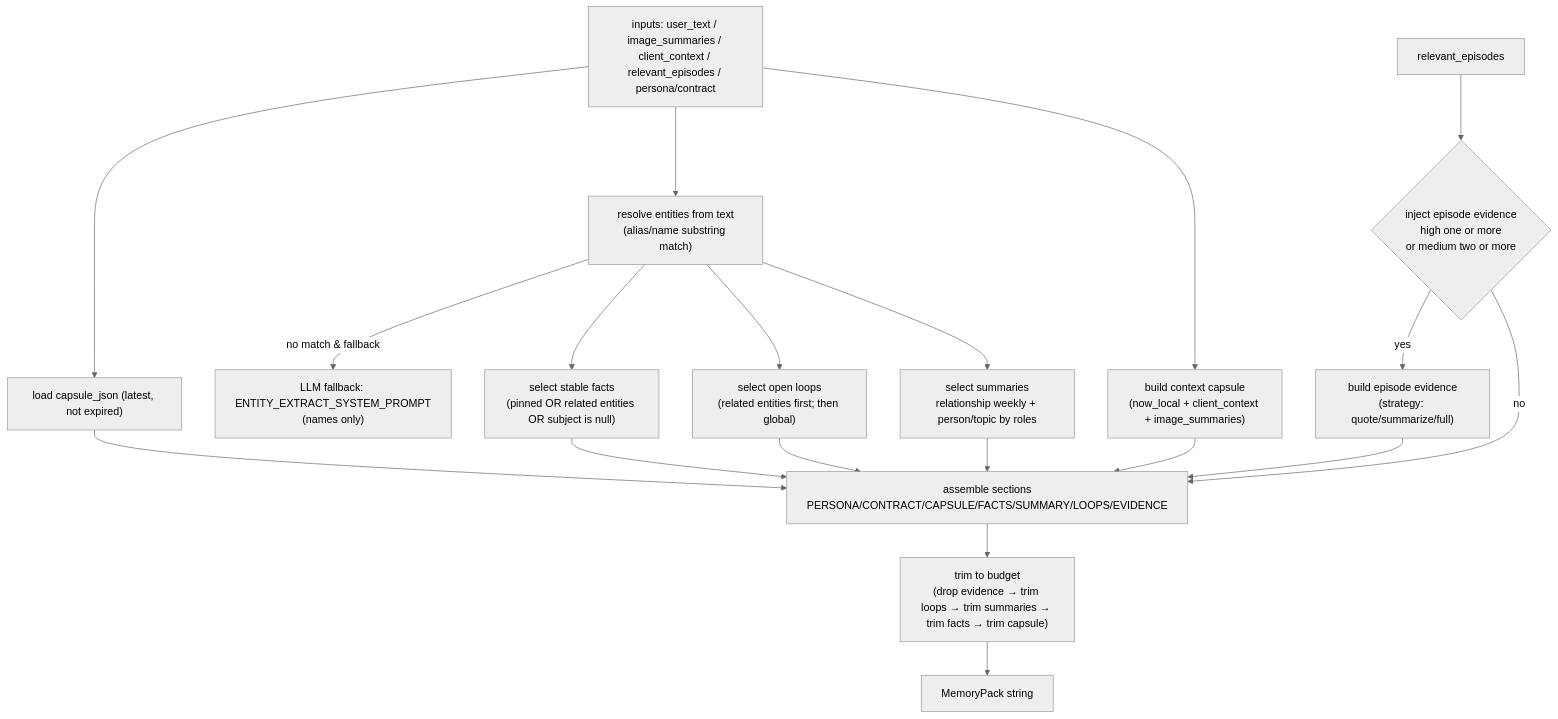
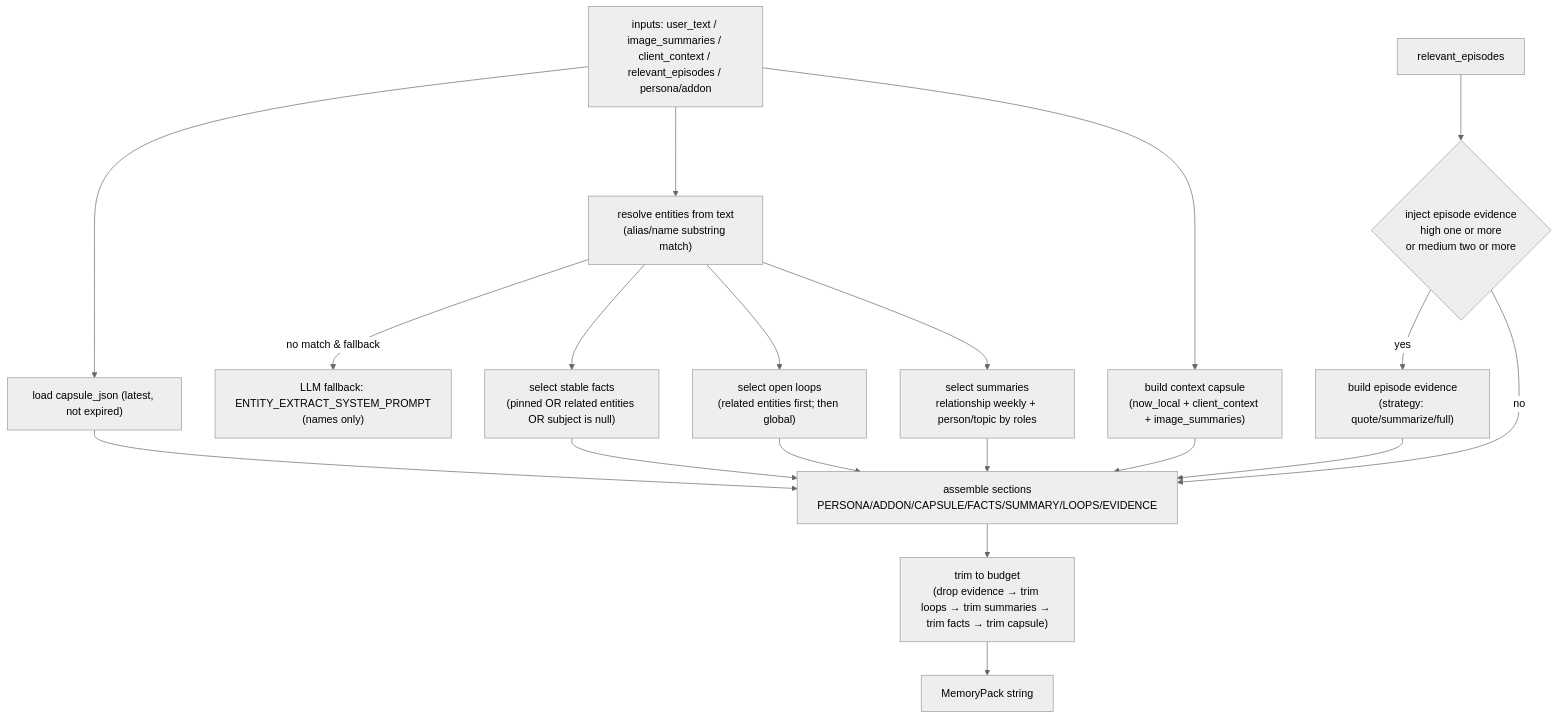
Before and after one commit to hirona98/cocoro_ghost: the second of 4 diagrams in docs/prompt_usage_map.md, drawn with Mermaid (neutral theme). The commit also changed other lines of this file and 17 other files, not shown here.

````diff
--- a/docs/prompt_usage_map.md
+++ b/docs/prompt_usage_map.md
@@ -91,21 +90,21 @@
 ```mermaid
 flowchart TD
-  IN["inputs: user_text / image_summaries / client_context / relevant_episodes / persona/contract"] --> CAPDB["load capsule_json (latest, not expired)"]
+  IN["inputs: user_text / image_summaries / client_context / relevant_episodes / persona/addon"] --> CAPDB["load capsule_json (latest, not expired)"]
   IN --> ENT["resolve entities from text\n(alias/name substring match)"]
   ENT -->|no match & fallback| ENTFB["LLM fallback: ENTITY_EXTRACT_SYSTEM_PROMPT\n(names only)"]
   ENT --> FACTS["select stable facts\n(pinned OR related entities OR subject is null)"]
   ENT --> LOOPS["select open loops\n(related entities first; then global)"]
   ENT --> SUM["select summaries\nrelationship weekly + person/topic by roles"]
   IN --> CC["build context capsule\n(now_local + client_context + image_summaries)"]
   REL["relevant_episodes"] --> DEC{"inject episode evidence\nhigh one or more\nor medium two or more"}
   DEC -->|yes| EVI["build episode evidence\n(strategy: quote/summarize/full)"]
   DEC -->|no| ASM
-  CAPDB --> ASM["assemble sections\nPERSONA/CONTRACT/CAPSULE/FACTS/SUMMARY/LOOPS/EVIDENCE"]
+  CAPDB --> ASM["assemble sections\nPERSONA/ADDON/CAPSULE/FACTS/SUMMARY/LOOPS/EVIDENCE"]
   FACTS --> ASM
   LOOPS --> ASM
   SUM --> ASM
   CC --> ASM
   EVI --> ASM
   ASM --> TRIM["trim to budget\n(drop evidence → trim loops → trim summaries → trim facts → trim capsule)"]
   TRIM --> OUT["MemoryPack string"]
 ```
````
